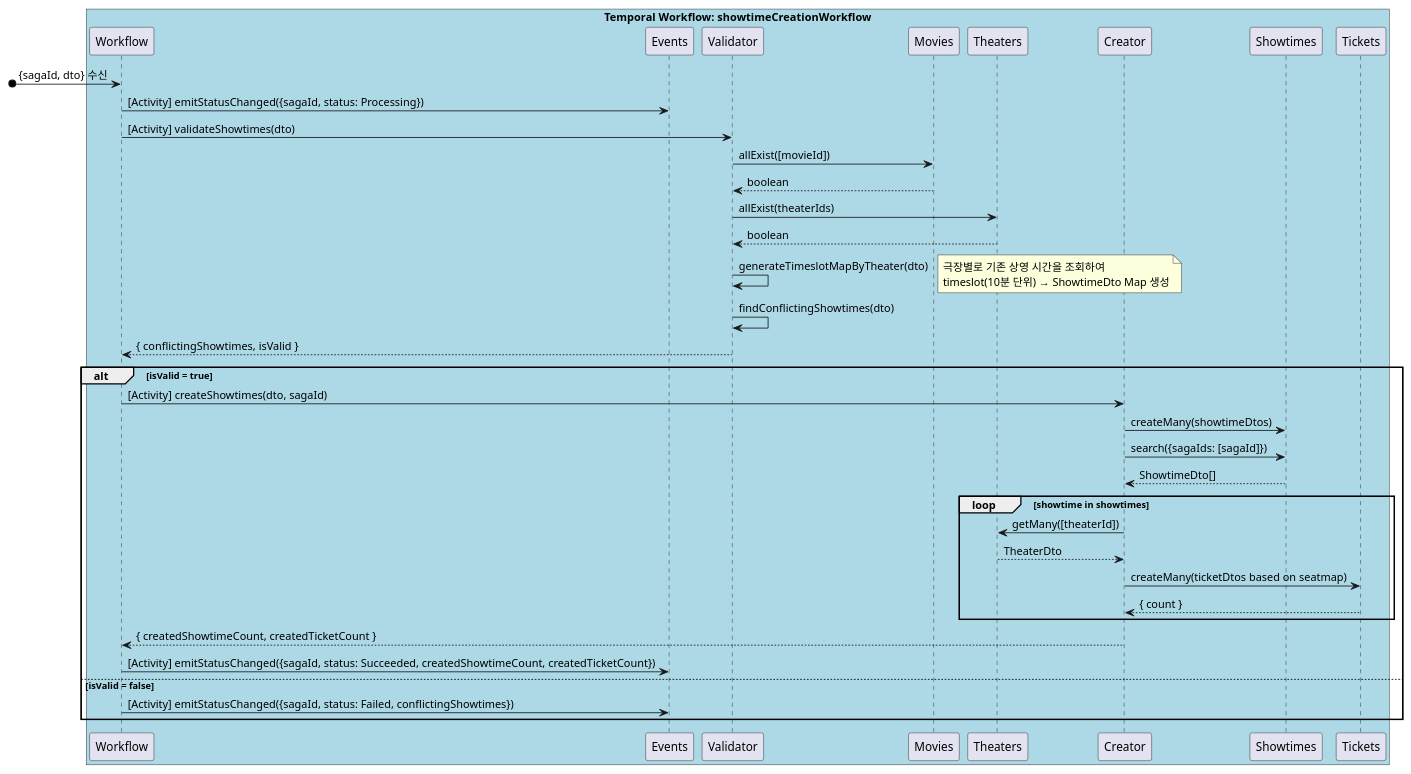
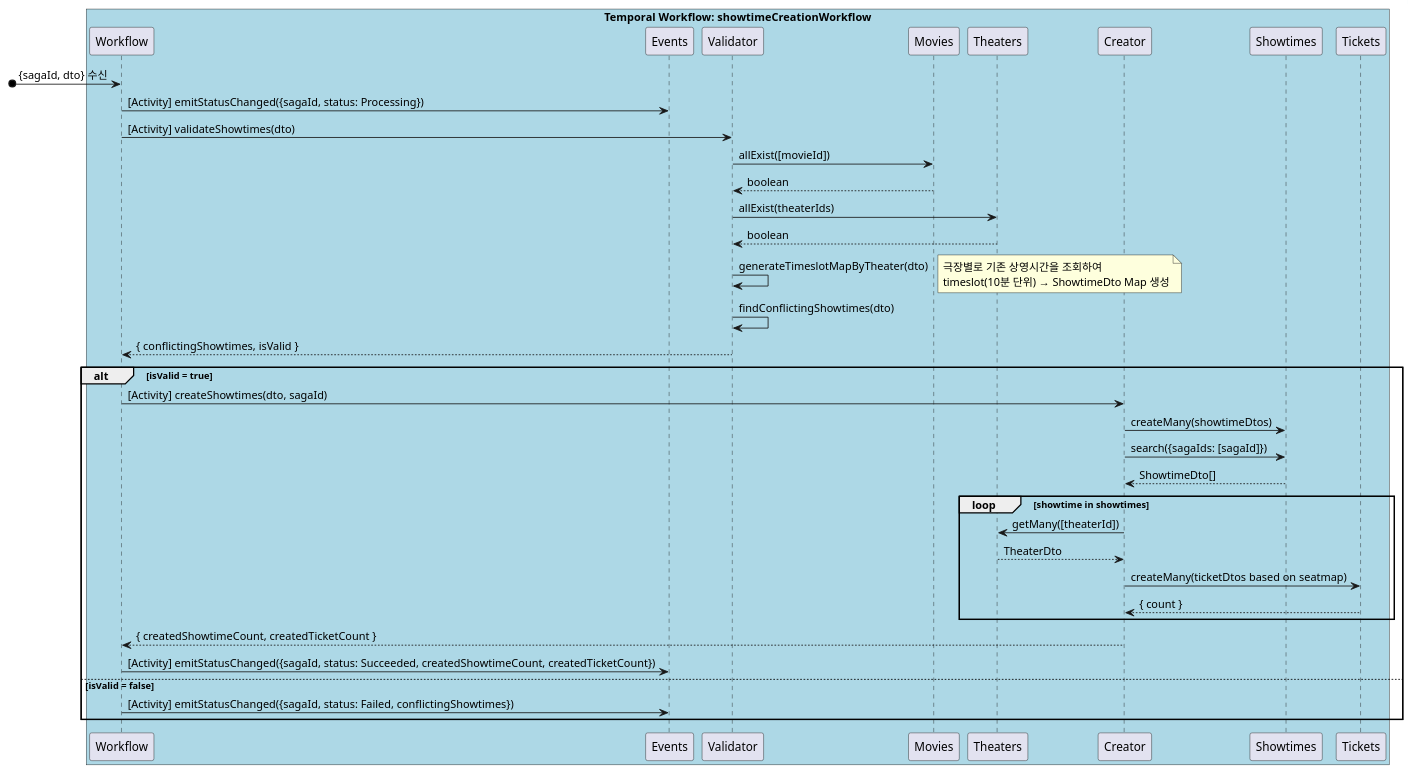
Before and after one commit to mannercode/nest-seed: the third of 3 diagrams in docs/designs/showtime-creation.md, drawn with PlantUML. The commit also changed other lines of this file and 5 other files, not shown here.

````diff
--- a/docs/designs/showtime-creation.md
+++ b/docs/designs/showtime-creation.md
@@ -104,38 +104,38 @@
 ```plantuml
 @startuml
 box "Temporal Workflow: showtimeCreationWorkflow" #LightBlue
     [o-> Workflow: {sagaId, dto} 수신
         Workflow -> Events: [Activity] emitStatusChanged({sagaId, status: Processing})
 
         Workflow -> Validator: [Activity] validateShowtimes(dto)
             Validator -> Movies: allExist([movieId])
             Validator <-- Movies: boolean
             Validator -> Theaters: allExist(theaterIds)
             Validator <-- Theaters: boolean
             Validator -> Validator: generateTimeslotMapByTheater(dto)
                 note right
-                극장별로 기존 상영 시간을 조회하여
+                극장별로 기존 상영시간을 조회하여
                 timeslot(10분 단위) → ShowtimeDto Map 생성
                 end note
             Validator -> Validator: findConflictingShowtimes(dto)
         Workflow <-- Validator: { conflictingShowtimes, isValid }
 
     alt isValid = true
         Workflow -> Creator: [Activity] createShowtimes(dto, sagaId)
             Creator -> Showtimes: createMany(showtimeDtos)
             Creator -> Showtimes: search({sagaIds: [sagaId]})
             Creator <-- Showtimes: ShowtimeDto[]
             loop showtime in showtimes
                 Creator -> Theaters: getMany([theaterId])
                 Creator <-- Theaters: TheaterDto
                 Creator -> Tickets: createMany(ticketDtos based on seatmap)
                 Creator <-- Tickets: { count }
             end
         Workflow <-- Creator: { createdShowtimeCount, createdTicketCount }
         Workflow -> Events: [Activity] emitStatusChanged({sagaId, status: Succeeded, createdShowtimeCount, createdTicketCount})
     else isValid = false
         Workflow -> Events: [Activity] emitStatusChanged({sagaId, status: Failed, conflictingShowtimes})
     end
 end box
 @enduml
 ```
````
